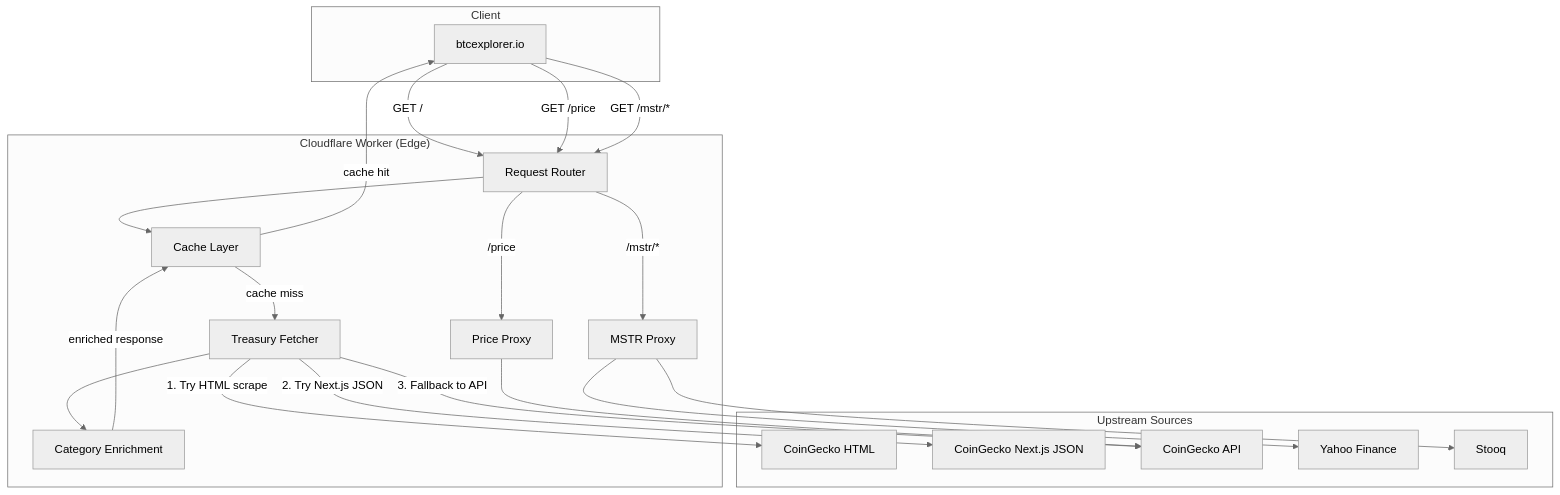
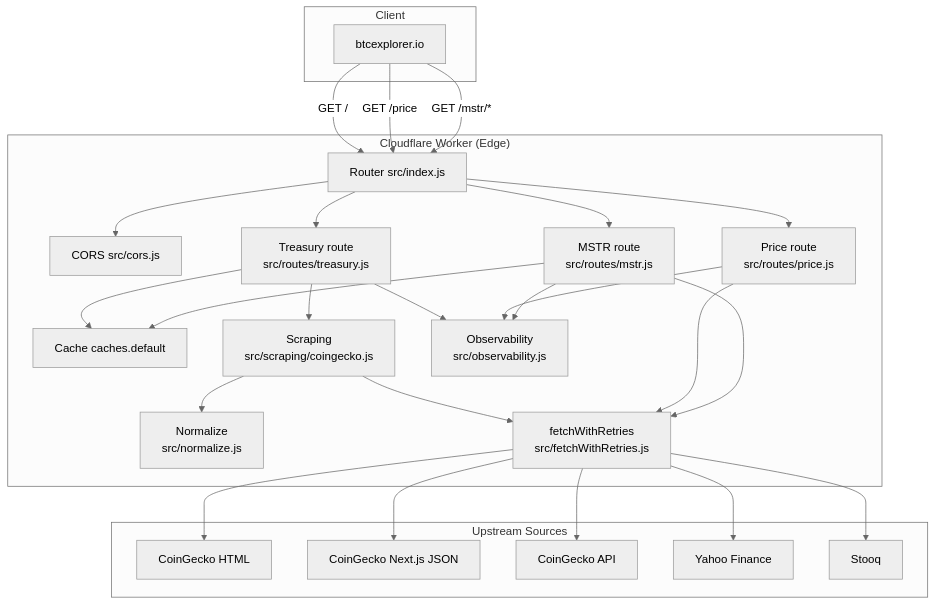
One commit to Technical-1/All-About-Me changed the diagram in public/data/portfolio/Crypto-Proxy-coingecko/architecture.md. Above: the diagram before and after it, drawn with Mermaid (neutral theme). The commit also changed other lines of this file and 26 other files, not shown here.

````diff
--- a/public/data/portfolio/Crypto-Proxy-coingecko/architecture.md
+++ b/public/data/portfolio/Crypto-Proxy-coingecko/architecture.md
@@ -5,44 +5,55 @@
 ```mermaid
 flowchart TD
     subgraph Client
         A[btcexplorer.io]
     end
 
     subgraph "Cloudflare Worker (Edge)"
-        B[Request Router]
-        C[Cache Layer]
-        D[Treasury Fetcher]
-        E[Category Enrichment]
-        F[Price Proxy]
-        G[MSTR Proxy]
+        B[Router src/index.js]
+        C[CORS src/cors.js]
+        D[Cache caches.default]
+        T[Treasury route<br/>src/routes/treasury.js]
+        P[Price route<br/>src/routes/price.js]
+        M[MSTR route<br/>src/routes/mstr.js]
+        S[Scraping<br/>src/scraping/coingecko.js]
+        N[Normalize<br/>src/normalize.js]
+        R[fetchWithRetries<br/>src/fetchWithRetries.js]
+        O[Observability<br/>src/observability.js]
     end
 
     subgraph "Upstream Sources"
         H[CoinGecko HTML]
         I[CoinGecko Next.js JSON]
         J[CoinGecko API]
         K[Yahoo Finance]
         L[Stooq]
     end
 
     A -->|GET /| B
     A -->|GET /price| B
     A -->|GET /mstr/*| B
 
     B --> C
-    C -->|cache miss| D
-    C -->|cache hit| A
+    B --> T
+    B --> P
+    B --> M
 
-    B -->|/price| F
-    B -->|/mstr/*| G
+    T --> D
+    M --> D
 
-    D -->|1. Try HTML scrape| H
-    D -->|2. Try Next.js JSON| I
-    D -->|3. Fallback to API| J
-    D --> E
-    E -->|enriched response| C
+    T --> S
+    S --> R
+    P --> R
+    M --> R
 
-    F --> J
-    G --> K
-    G --> L
+    R --> H
+    R --> I
+    R --> J
+    R --> K
+    R --> L
+
+    S --> N
+    T --> O
+    P --> O
+    M --> O
 ```
````
